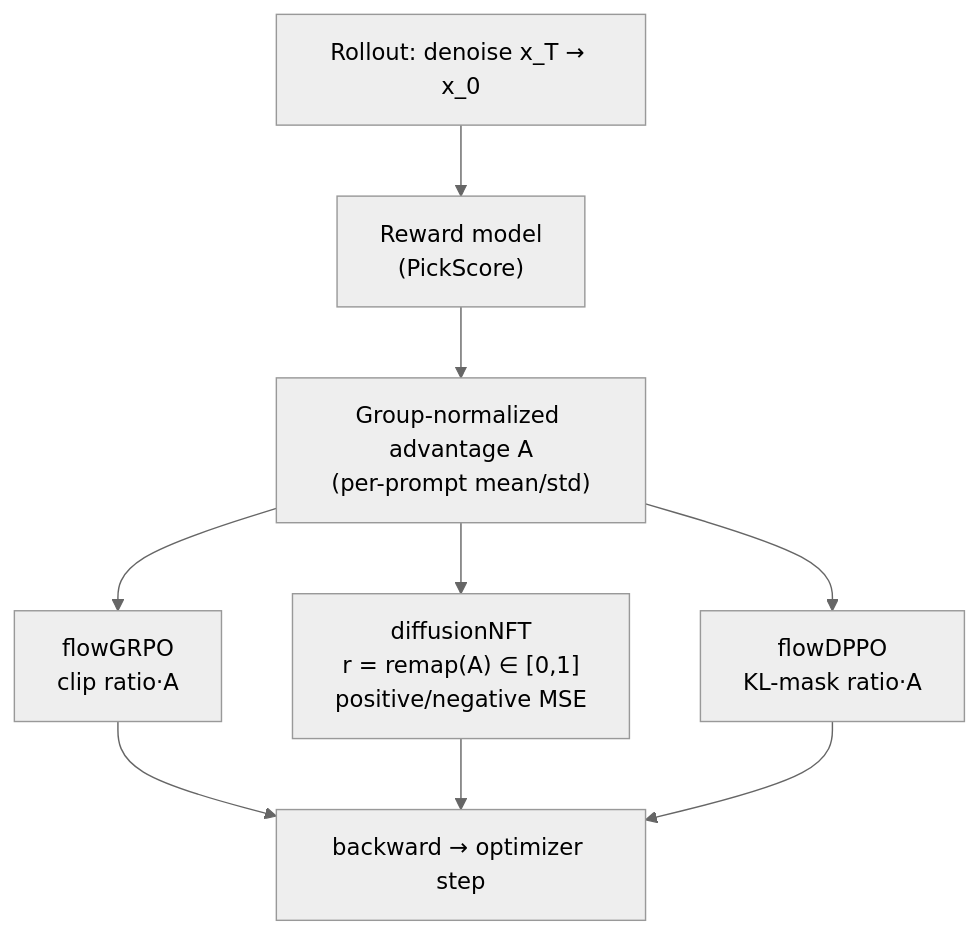
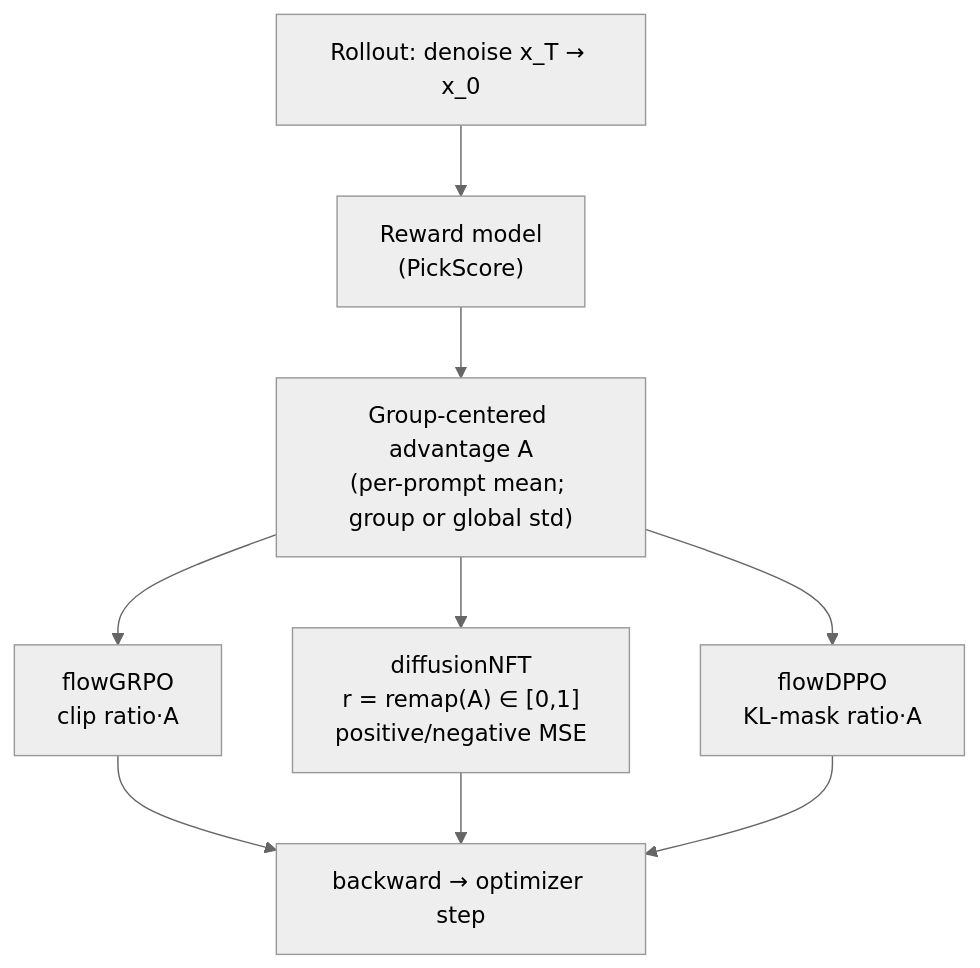
Before and after one commit to celve/unirl: the diagram in algorithm_tutorials/README.md, drawn with Mermaid (neutral theme). The commit also changed other lines of this file and 5 other files, not shown here.

Commit message:
docs(algorithm_tutorials): inline core-loss code + trajectory diagrams (#227)

````diff
--- a/algorithm_tutorials/README.md
+++ b/algorithm_tutorials/README.md
@@ -21,11 +38,11 @@
 ```mermaid
 flowchart TD
     R["Rollout: denoise x_T → x_0"] --> Rw["Reward model<br/>(PickScore)"]
-    Rw --> Adv["Group-normalized advantage A<br/>(per-prompt mean/std)"]
+    Rw --> Adv["Group-centered advantage A<br/>(per-prompt mean; group or global std)"]
     Adv --> G["flowGRPO<br/>clip ratio·A"]
     Adv --> N["diffusionNFT<br/>r = remap(A) ∈ [0,1]<br/>positive/negative MSE"]
     Adv --> D["flowDPPO<br/>KL-mask ratio·A"]
     G --> Opt["backward → optimizer step"]
     N --> Opt
     D --> Opt
 ```
````
